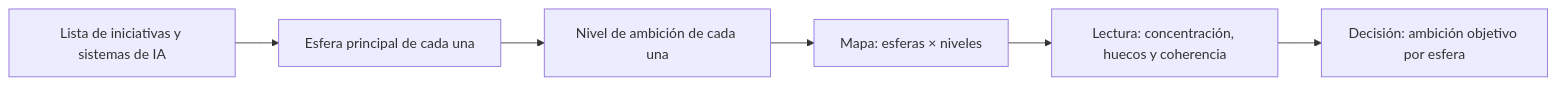
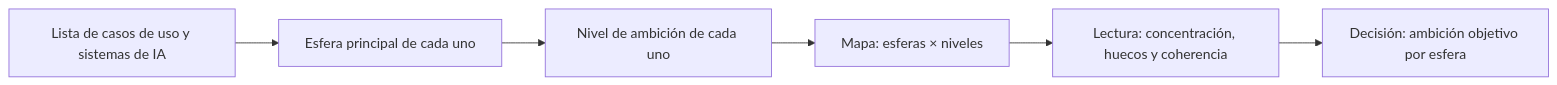
Before and after one commit to seachad/AI_CONSULTING: the diagram in SPHERES/mds/es/00_SPHERES_Que_es_y_para_que_sirve.md, drawn with Mermaid. The commit also changed other lines of this file and 1379 other files, not shown here.

````diff
--- a/SPHERES/mds/es/00_SPHERES_Que_es_y_para_que_sirve.md
+++ b/SPHERES/mds/es/00_SPHERES_Que_es_y_para_que_sirve.md
@@ -115,8 +115,8 @@
 ```mermaid
 flowchart LR
-  A["Lista de iniciativas y sistemas de IA"] --> B["Esfera principal de cada una"]
-  B --> C["Nivel de ambición de cada una"]
+  A["Lista de casos de uso y sistemas de IA"] --> B["Esfera principal de cada uno"]
+  B --> C["Nivel de ambición de cada uno"]
   C --> D["Mapa: esferas × niveles"]
   D --> E["Lectura: concentración, huecos y coherencia"]
   E --> F["Decisión: ambición objetivo por esfera"]
 ```
````
